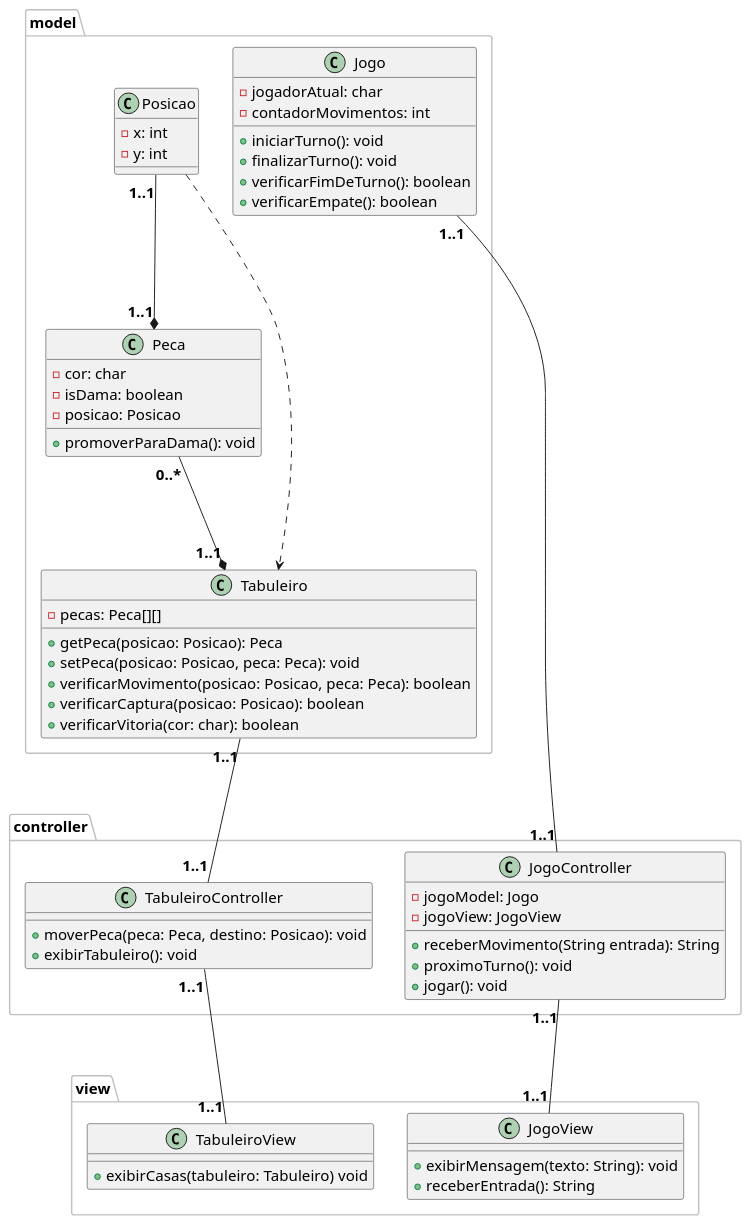
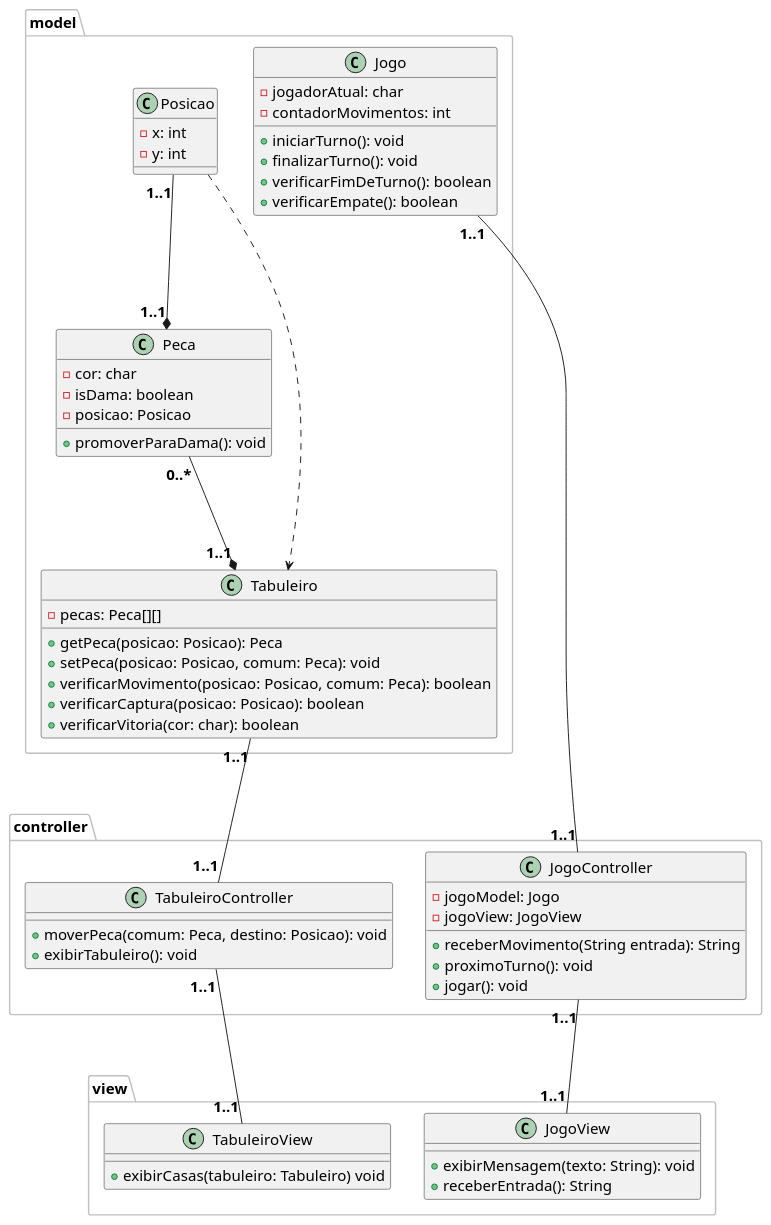
One commit to carlos-e-araujo/jogo-de-damas changed the diagram in docs/diagrams/src/classes.puml. Above: the diagram before and after it, drawn with PlantUML. The commit also changed 51 other files, not shown here.

```diff
--- a/docs/diagrams/src/classes.puml
+++ b/docs/diagrams/src/classes.puml
@@ -1,77 +1,77 @@
 @startuml Classes
 
 skinparam ArrowFontStyle bold
 skinparam PackageBorderColor #C0C0C0
 skinparam DefaultFontSize 16
 
 package model {
     class Tabuleiro {
         -pecas: Peca[][]
 
         +getPeca(posicao: Posicao): Peca
-        +setPeca(posicao: Posicao, peca: Peca): void
-        +verificarMovimento(posicao: Posicao, peca: Peca): boolean
+        +setPeca(posicao: Posicao, comum: Peca): void
+        +verificarMovimento(posicao: Posicao, comum: Peca): boolean
         +verificarCaptura(posicao: Posicao): boolean
         +verificarVitoria(cor: char): boolean
     }
 
     class Posicao {
         -x: int
         -y: int
     }
 
     class Peca {
         -cor: char
         -isDama: boolean
         -posicao: Posicao
 
         +promoverParaDama(): void
     }
 
     class Jogo {
         -jogadorAtual: char
         -contadorMovimentos: int
 
         +iniciarTurno(): void
         +finalizarTurno(): void
         +verificarFimDeTurno(): boolean
         +verificarEmpate(): boolean
     }
 }
 
 package controller {
     class JogoController {
         -jogoModel: Jogo
         -jogoView: JogoView
 
         +receberMovimento(String entrada): String
         +proximoTurno(): void
         +jogar(): void
     }
 
     class TabuleiroController {
-        +moverPeca(peca: Peca, destino: Posicao): void
+        +moverPeca(comum: Peca, destino: Posicao): void
         +exibirTabuleiro(): void
     }
 }
 
 package view {
     class TabuleiroView {
         +exibirCasas(tabuleiro: Tabuleiro) void
     }
 
     class JogoView {
         +exibirMensagem(texto: String): void
         +receberEntrada(): String
     }
 }
 
 model.Posicao "1..1" ---* "1..1" model.Peca
 model.Peca "0..*" ---* "1..1" model.Tabuleiro
 model.Posicao ...> model.Tabuleiro
 model.Tabuleiro "1..1" --- "1..1" controller.TabuleiroController
 model.Jogo "1..1" --- "1..1" controller.JogoController
 controller.TabuleiroController "1..1" --- "1..1" view.TabuleiroView
 controller.JogoController "1..1" --- "1..1" view.JogoView
 
 @enduml
```
